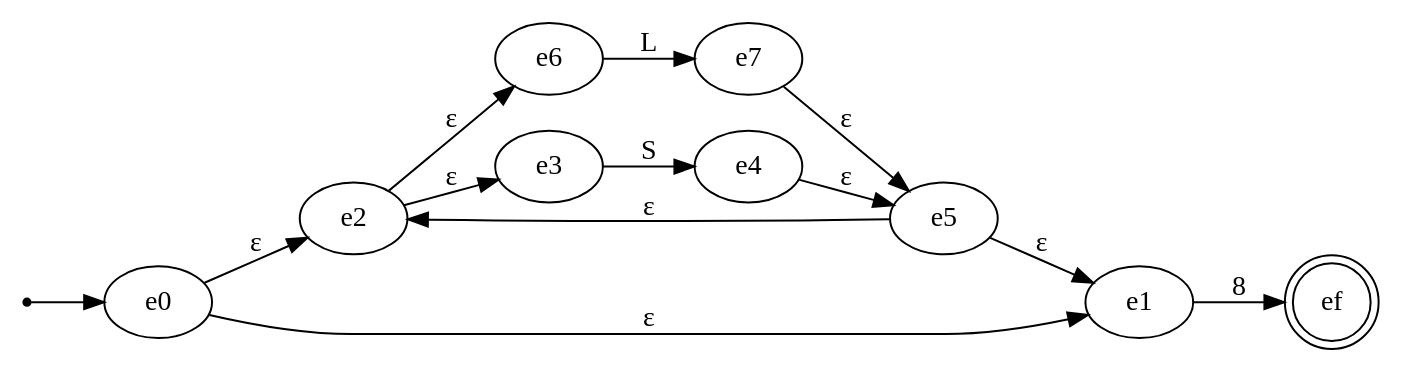
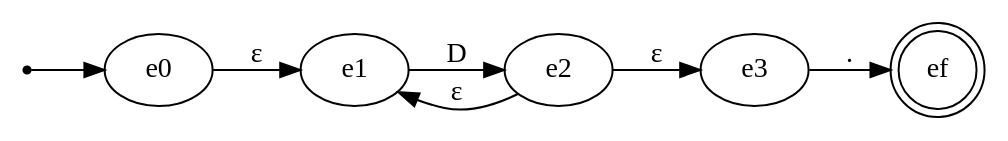
One commit to LaloValle/AnalizadorLex changed the diagram in Digraph.gv. Above: the diagram before and after it, drawn with Graphviz. The commit also changed 9 other files, not shown here.

```diff
--- a/Digraph.gv
+++ b/Digraph.gv
@@ -1,25 +1,15 @@
 digraph {
 	graph [rankdir=LR]
 	ini [shape=point]
 	e0
 	ini -> e0
+	e1
 	e2
-	e6
-	e7
 	e3
-	e4
-	e5
-	e1
 	ef [shape=doublecircle]
-	e0 -> e2 [label="ε"]
 	e0 -> e1 [label="ε"]
-	e2 -> e6 [label="ε"]
+	e1 -> e2 [label=D]
+	e2 -> e1 [label="ε"]
 	e2 -> e3 [label="ε"]
-	e6 -> e7 [label=L]
-	e7 -> e5 [label="ε"]
-	e3 -> e4 [label=S]
-	e4 -> e5 [label="ε"]
-	e5 -> e2 [label="ε"]
-	e5 -> e1 [label="ε"]
-	e1 -> ef [label=8]
+	e3 -> ef [label="."]
 }
```
